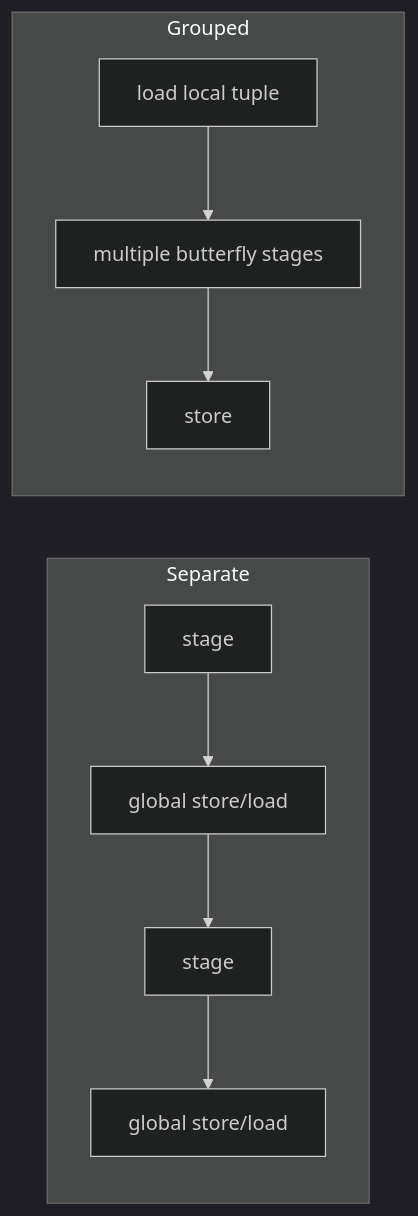
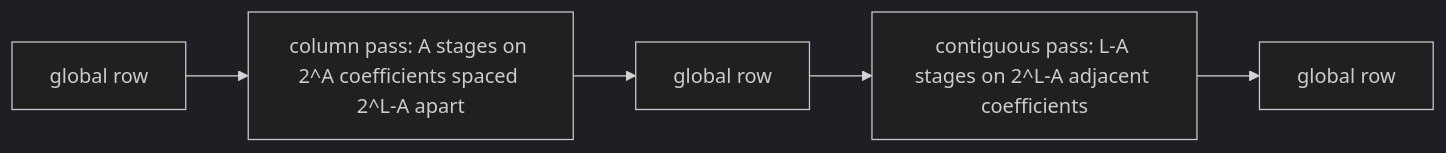
Before and after one commit to visualDust/fhelium: the fourth of 5 diagrams in docs/developer/rns-and-ntt.md, drawn with Mermaid (dark theme). The commit also changed other lines of this file and 439 other files, not shown here.

````diff
--- a/docs/developer/rns-and-ntt.md
+++ b/docs/developer/rns-and-ntt.md
@@ -162,9 +163,4 @@
 ```mermaid
 flowchart LR
-    subgraph Separate
-      A1[stage] --> A2[global store/load] --> A3[stage] --> A4[global store/load]
-    end
-    subgraph Grouped
-      B1[load local tuple] --> B2[multiple butterfly stages] --> B3[store]
-    end
+    G1[global row] --> CP[column pass: A stages on 2^A coefficients spaced 2^L-A apart] --> G2[global row] --> TP[contiguous pass: L-A stages on 2^L-A adjacent coefficients] --> G3[global row]
 ```
````
